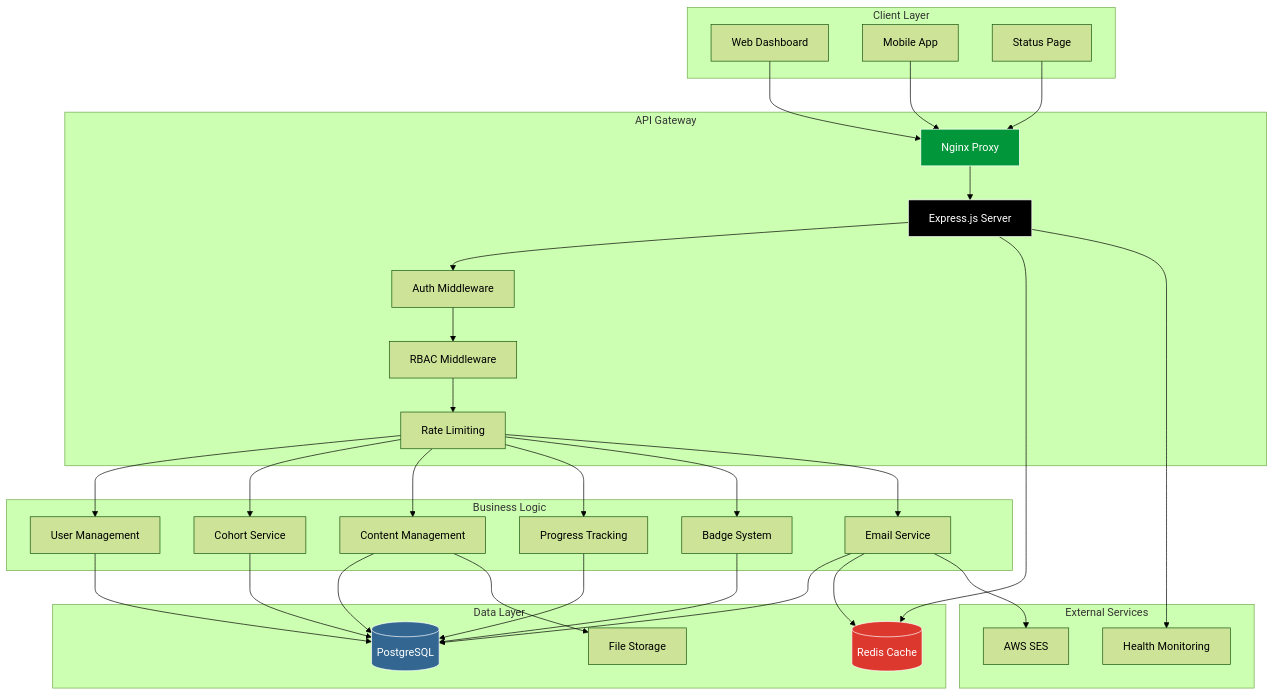
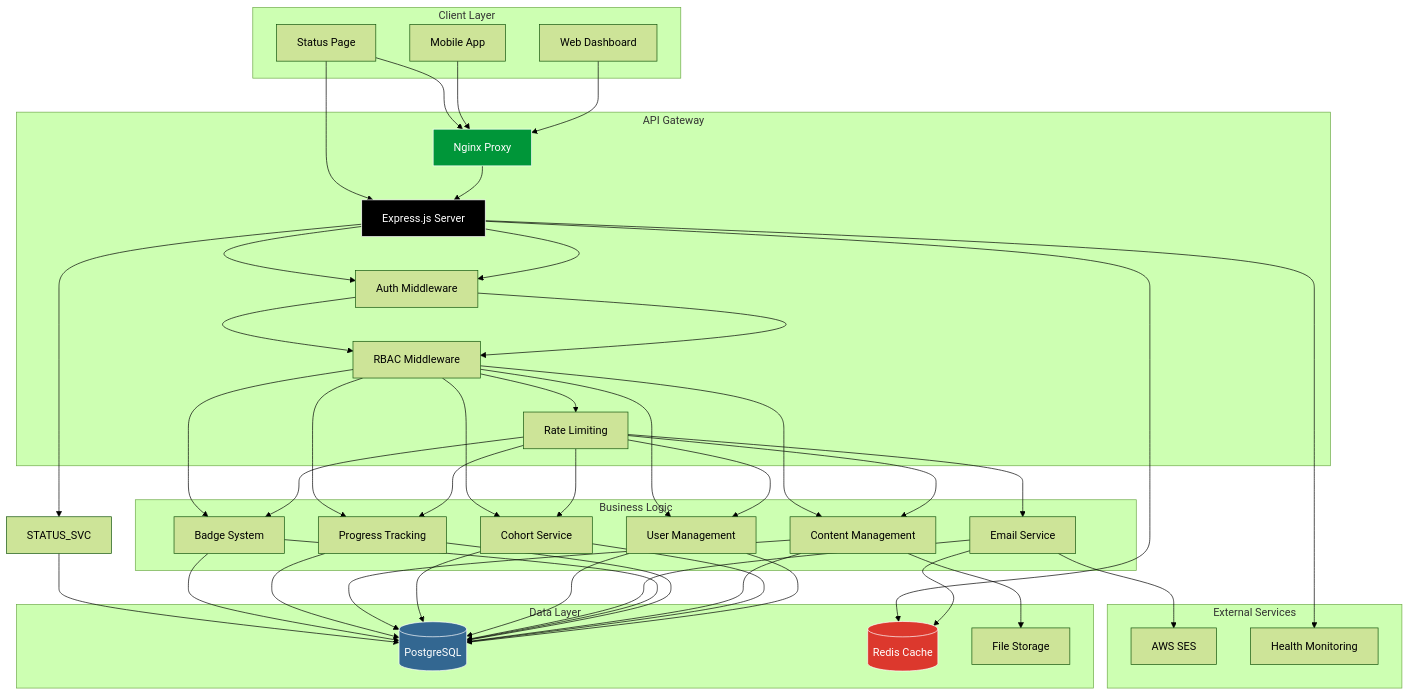
One commit to openlearnnitj/openlearn-backend changed the first of 11 diagrams in README.md. Above: the diagram before and after it, drawn with Mermaid (forest theme). The commit also changed other lines of this file and 1 other file, not shown here.

````diff
--- a/README.md
+++ b/README.md
@@ -143,4 +143,21 @@
     style REDIS fill:#DC382D,stroke:#fff,color:#fff
     style EXPRESS fill:#000,stroke:#fff,color:#fff
     style NGINX fill:#009639,stroke:#fff,color:#fff
+
+    STATUS --> EXPRESS
+    EXPRESS --> AUTH_MW
+    AUTH_MW --> RBAC
+    RBAC --> USER_SVC
+    RBAC --> COHORT_SVC
+    RBAC --> CONTENT_SVC
+    RBAC --> PROGRESS_SVC
+    RBAC --> BADGE_SVC
+    EXPRESS --> STATUS_SVC
+    
+    USER_SVC --> POSTGRES
+    COHORT_SVC --> POSTGRES
+    CONTENT_SVC --> POSTGRES
+    PROGRESS_SVC --> POSTGRES
+    BADGE_SVC --> POSTGRES
+    STATUS_SVC --> POSTGRES
 ```
````
